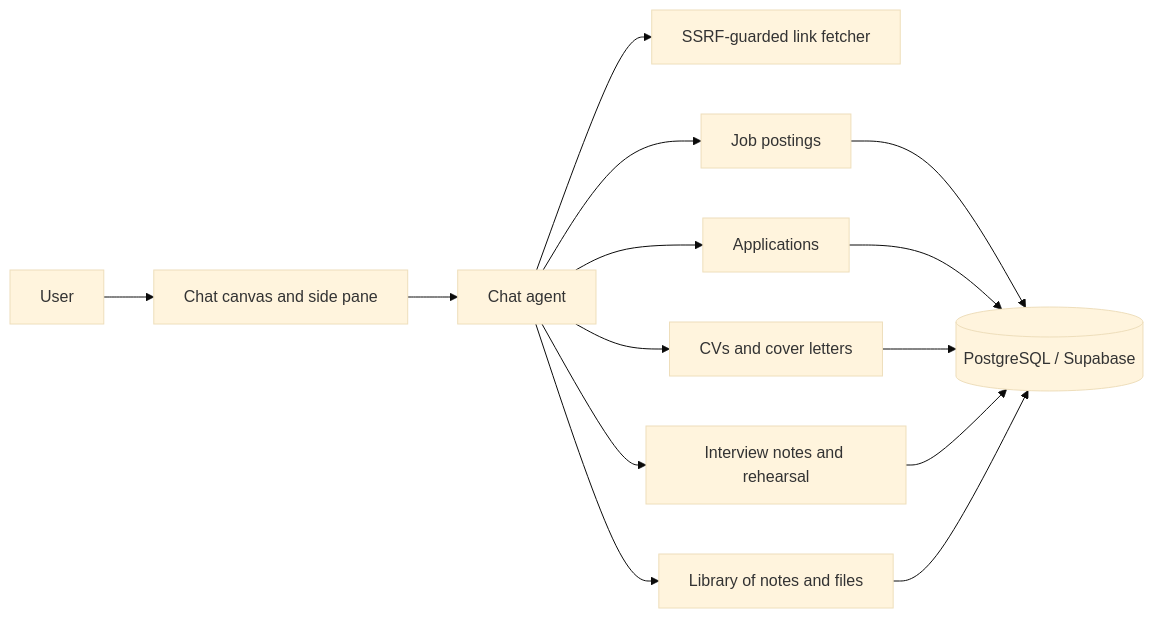
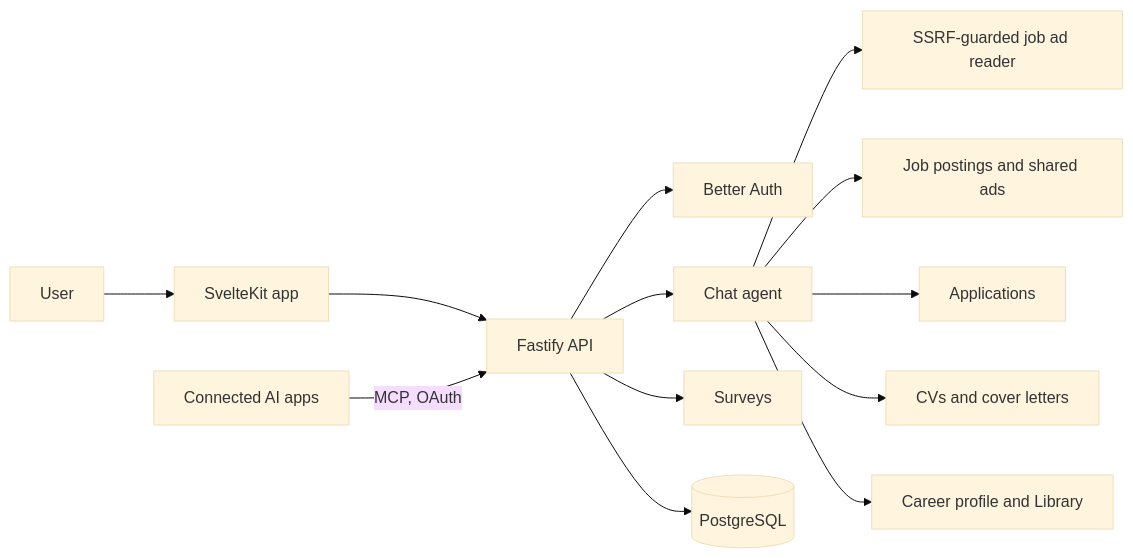
One commit to binartist/about-me changed the diagram in src/en/products/briefed.md. Above: the diagram before and after it, drawn with Mermaid (base theme). The commit also changed other lines of this file and 8 other files, not shown here.

````diff
--- a/src/en/products/briefed.md
+++ b/src/en/products/briefed.md
@@ -12,16 +14,15 @@
 ```mermaid
 flowchart LR
-  User[User] --> Canvas[Chat canvas and side pane]
-  Canvas --> Chat[Chat agent]
-  Chat --> Fetch[SSRF-guarded link fetcher]
-  Chat --> Postings[Job postings]
-  Chat --> Apps[Applications]
+  User[User] --> Web[SvelteKit app]
+  Web --> API[Fastify API]
+  Apps[Connected AI apps] -->|MCP, OAuth| API
+  API --> Auth[Better Auth]
+  API --> Chat[Chat agent]
+  Chat --> Fetch[SSRF-guarded job ad reader]
+  Chat --> Postings[Job postings and shared ads]
+  Chat --> Applications[Applications]
   Chat --> Docs[CVs and cover letters]
-  Chat --> Prep[Interview notes and rehearsal]
-  Chat --> Lib[Library of notes and files]
-  Postings --> DB[(PostgreSQL / Supabase)]
-  Apps --> DB
-  Docs --> DB
-  Prep --> DB
-  Lib --> DB
+  Chat --> Lib[Career profile and Library]
+  API --> Surveys[Surveys]
+  API --> DB[(PostgreSQL)]
 ```
````
